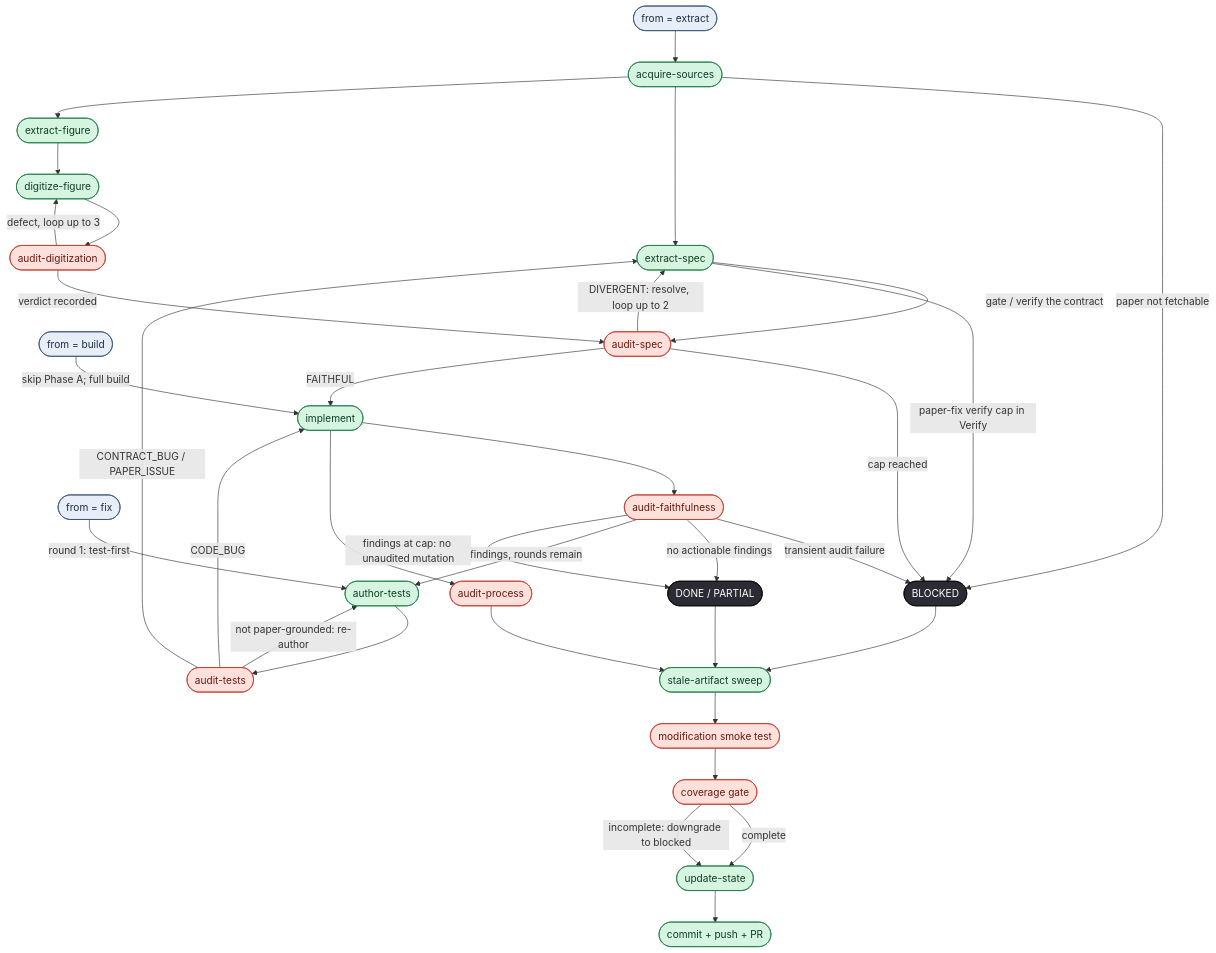
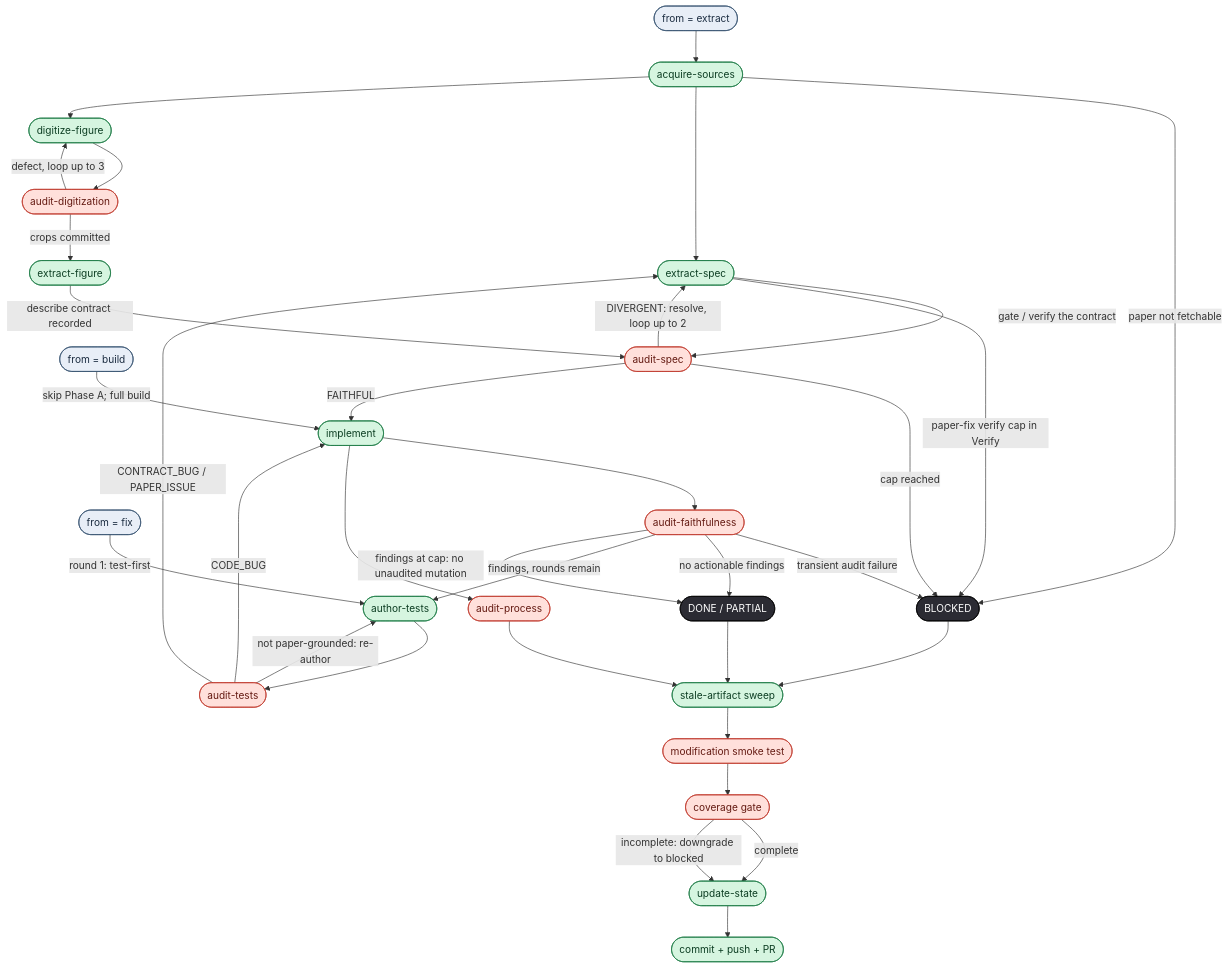
One commit to EstevaoUyra/model_agent changed the diagram in WORKFLOW-graph.md. Above: the diagram before and after it, drawn with Mermaid.

Commit message:
Sync WORKFLOW-graph to the digitize→audit→describe order (#68)
PR #68 reordered the figure pipeline so digitize runs before extract-figure
(describe), but the agent graph still showed describe→digitize. WORKFLOW.md
requires the graph track the workflow, so update the edges:
ACQ→DIG→ADIG (loop) →XFIG (describe, crops committed) →ASPEC.

````diff
--- a/WORKFLOW-graph.md
+++ b/WORKFLOW-graph.md
@@ -20,69 +20,69 @@
 ```mermaid
 flowchart TD
   E0([from = extract]):::entry
   B0([from = build]):::entry
   F0([from = fix]):::entry
 
   ACQ([acquire-sources]):::build
   XSPEC([extract-spec]):::build
   XFIG([extract-figure]):::build
   DIG([digitize-figure]):::build
   IMPL([implement]):::build
   ATEST([author-tests]):::build
   SWEEP([stale-artifact sweep]):::build
   SMOKE([modification smoke test]):::audit
   COV([coverage gate]):::audit
   UPD([update-state]):::build
   PR([commit + push + PR]):::build
 
   ADIG([audit-digitization]):::audit
   ASPEC([audit-spec]):::audit
   AUTEST([audit-tests]):::audit
   AFAITH([audit-faithfulness]):::audit
   APROC([audit-process]):::audit
 
   BLOCK([BLOCKED]):::term
   DONE([DONE / PARTIAL]):::term
 
   E0 --> ACQ
   ACQ -->|paper not fetchable| BLOCK
   ACQ --> XSPEC
-  ACQ --> XFIG
-  XFIG --> DIG
+  ACQ --> DIG
   DIG --> ADIG
   ADIG -->|defect, loop up to 3| DIG
-  ADIG -->|verdict recorded| ASPEC
+  ADIG -->|crops committed| XFIG
+  XFIG -->|describe contract recorded| ASPEC
   XSPEC -->|gate / verify the contract| ASPEC
   ASPEC -->|DIVERGENT: resolve, loop up to 2| XSPEC
   ASPEC -->|cap reached| BLOCK
   ASPEC -->|FAITHFUL| IMPL
 
   B0 -->|skip Phase A; full build| IMPL
   F0 -->|round 1: test-first| ATEST
 
   IMPL --> AFAITH
   IMPL --> APROC
   AFAITH -->|transient audit failure| BLOCK
   AFAITH -->|no actionable findings| DONE
   AFAITH -->|findings, rounds remain| ATEST
   AFAITH -->|findings at cap: no unaudited mutation| DONE
   ATEST --> AUTEST
   AUTEST -->|not paper-grounded: re-author| ATEST
   AUTEST -->|CONTRACT_BUG / PAPER_ISSUE| XSPEC
   AUTEST -->|CODE_BUG| IMPL
   XSPEC -->|paper-fix verify cap in Verify| BLOCK
 
   DONE --> SWEEP
   BLOCK --> SWEEP
   APROC --> SWEEP
   SWEEP --> SMOKE
   SMOKE --> COV
   COV -->|complete| UPD
   COV -->|incomplete: downgrade to blocked| UPD
   UPD --> PR
 
   classDef build fill:#d6f5e0,stroke:#1b7a44,color:#0c3d22;
   classDef audit fill:#ffe0db,stroke:#c0392b,color:#641a12;
   classDef entry fill:#e8eef7,stroke:#33506e,color:#1b2c40;
   classDef term fill:#2b2b33,stroke:#000,color:#fff;
 ```
````
